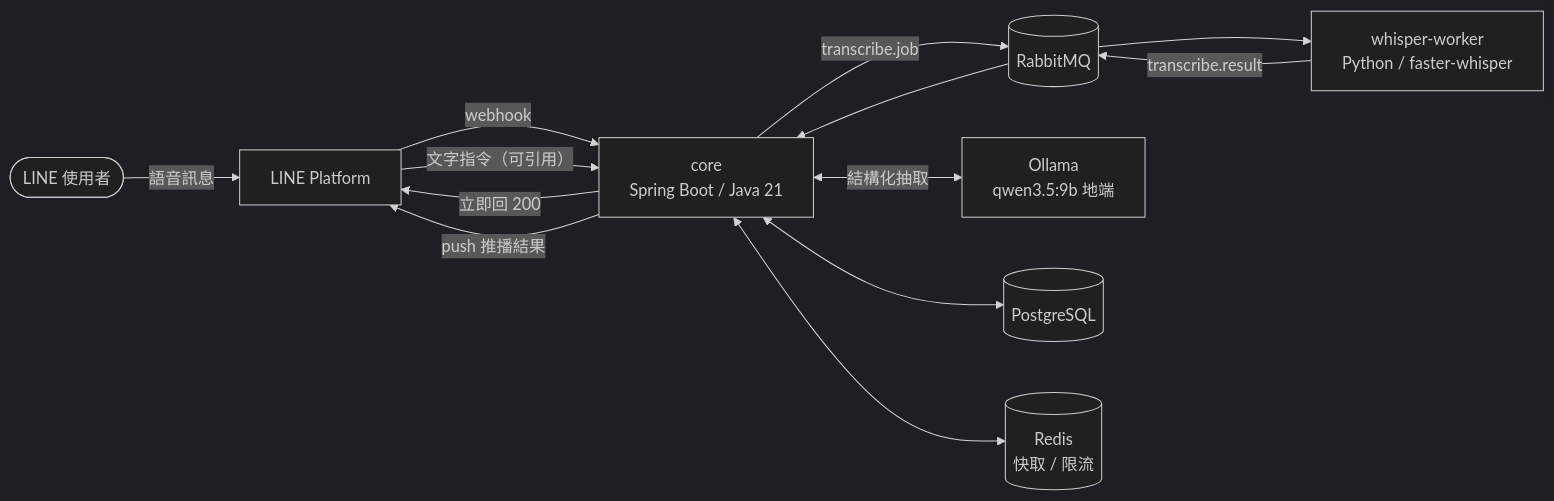
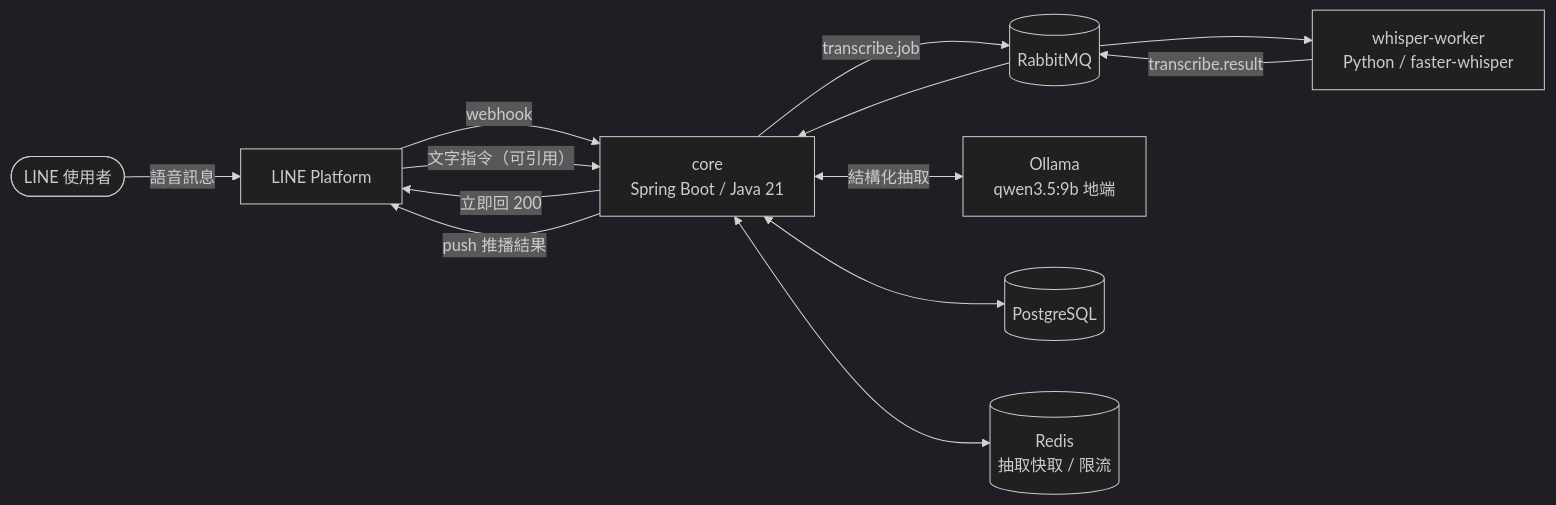
One commit to chil2020/svra changed the diagram in README.md. Above: the diagram before and after it, drawn with Mermaid (dark theme). The commit also changed other lines of this file and 1 other file, not shown here.

````diff
--- a/README.md
+++ b/README.md
@@ -53,15 +57,15 @@
 ```mermaid
 flowchart LR
     U([LINE 使用者]) -->|語音訊息| LINE[LINE Platform]
     LINE -->|webhook| CORE[core<br/>Spring Boot / Java 21]
     CORE -->|立即回 200| LINE
     CORE -->|transcribe.job| MQ[(RabbitMQ)]
     MQ --> W[whisper-worker<br/>Python / faster-whisper]
     W -->|transcribe.result| MQ
     MQ --> CORE
     CORE <-->|結構化抽取| LLM[Ollama<br/>qwen3.5:9b 地端]
     CORE <--> PG[(PostgreSQL)]
-    CORE <--> RD[(Redis<br/>快取 / 限流)]
+    CORE <--> RD[(Redis<br/>抽取快取 / 限流)]
     CORE -->|push 推播結果| LINE
     LINE -->|文字指令（可引用）| CORE
 ```
````
